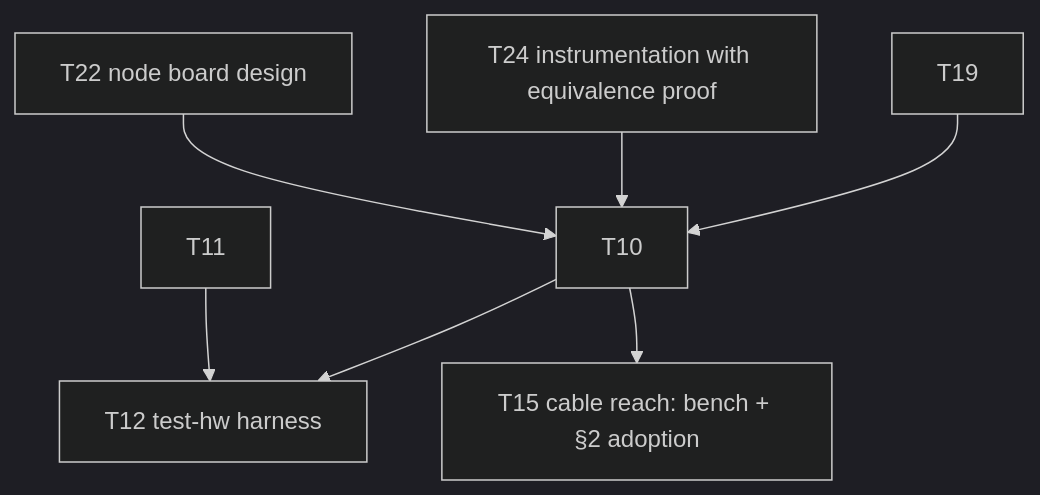
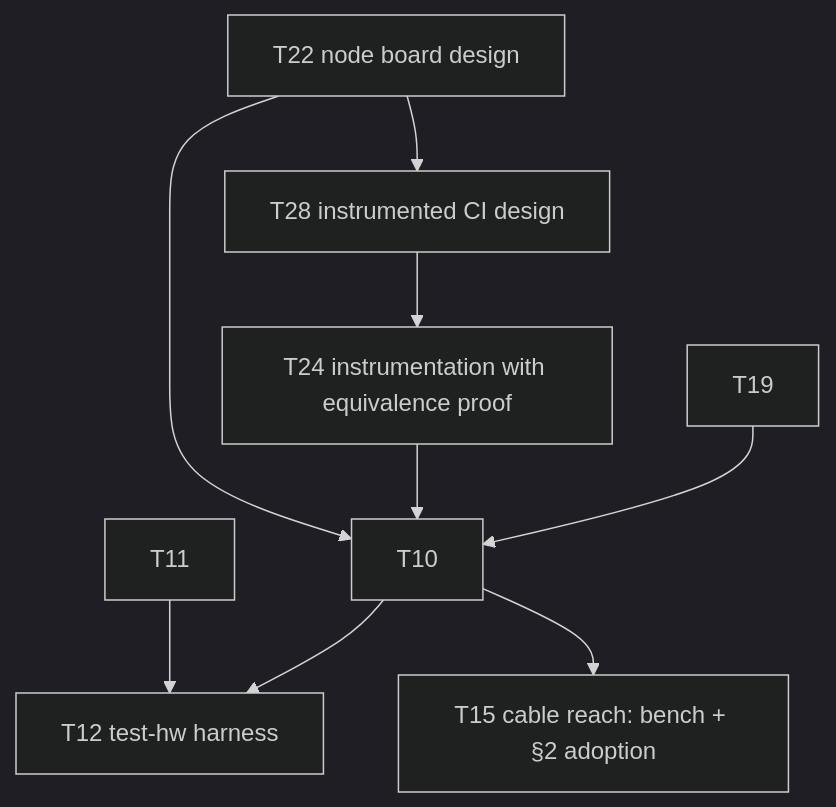
One commit to kristofferkoch/oparroy changed the diagram in KANBAN.md. Above: the diagram before and after it, drawn with Mermaid (dark theme). The commit also changed other lines of this file, not shown here.

Commit message:
kanban: T24 not open — needs settled uninstrumented (T22) and instrumented (new T28) designs; breaks the T24↔T10 cycle

````diff
--- a/KANBAN.md
+++ b/KANBAN.md
@@ -34,9 +34,11 @@
 ```mermaid
 graph TD
     T19 --> T10
-    T24[T24 instrumentation with equivalence proof] --> T10
+    T22 --> T28[T28 instrumented CI design]
+    T28 --> T24[T24 instrumentation with equivalence proof]
+    T24 --> T10
     T22[T22 node board design] --> T10
     T10 --> T12[T12 test-hw harness]
     T10 --> T15[T15 cable reach: bench + §2 adoption]
     T11 --> T12
 ```
````
